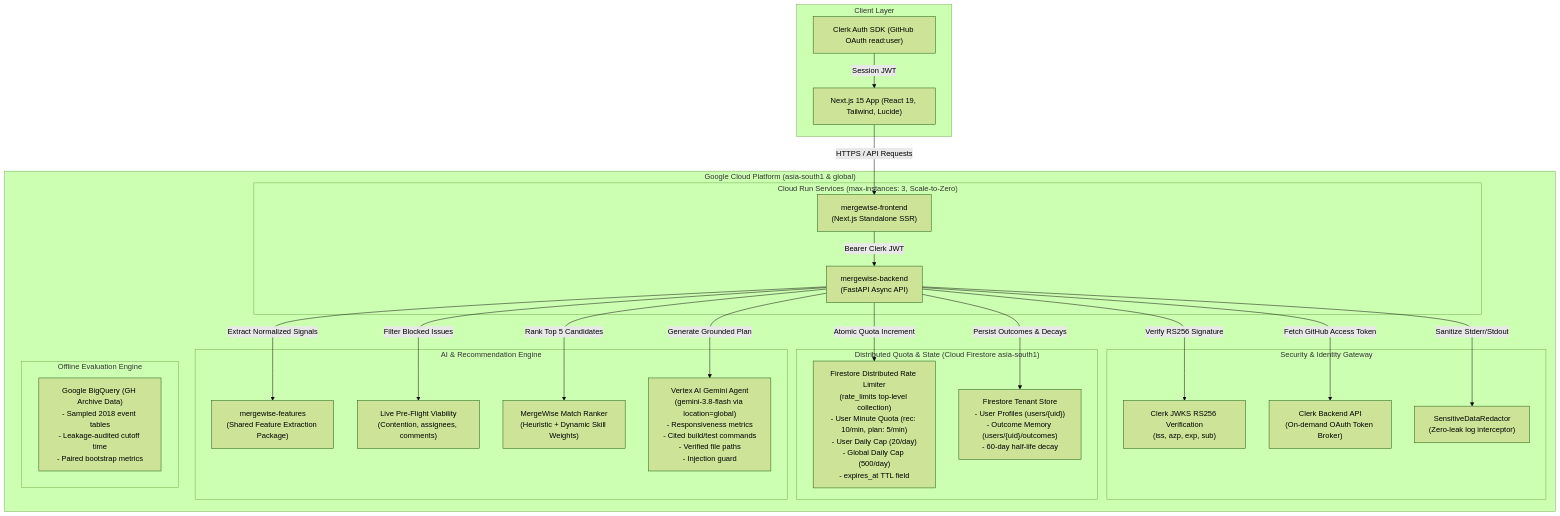
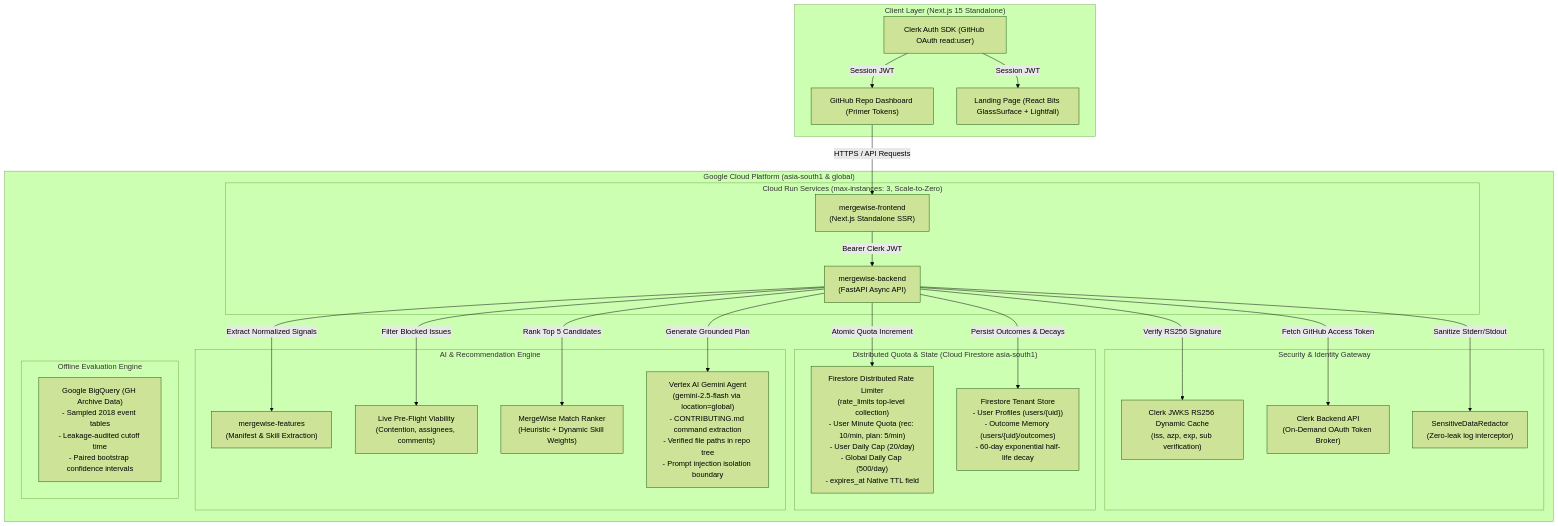
One commit to Neelanshdosi/MergeWise changed the diagram in README.md. Above: the diagram before and after it, drawn with Mermaid (forest theme). The commit also changed other lines of this file and 1 other file, not shown here.

Commit message:
docs(readme): upgrade GitHub page with custom logo, live Cloud Run links, dashboard redesign & contributions tracking

````diff
--- a/README.md
+++ b/README.md
@@ -9,49 +84,51 @@
 ```mermaid
 flowchart TD
-    subgraph Client ["Client Layer"]
-        UI["Next.js 15 App (React 19, Tailwind, Lucide)"]
+    subgraph Client ["Client Layer (Next.js 15 Standalone)"]
+        UI["GitHub Repo Dashboard (Primer Tokens)"]
+        Landing["Landing Page (React Bits GlassSurface + Lightfall)"]
         ClerkWeb["Clerk Auth SDK (GitHub OAuth read:user)"]
     end
 
     subgraph GCP ["Google Cloud Platform (asia-south1 & global)"]
         subgraph CloudRun ["Cloud Run Services (max-instances: 3, Scale-to-Zero)"]
             FrontendSvc["mergewise-frontend\n(Next.js Standalone SSR)"]
             BackendSvc["mergewise-backend\n(FastAPI Async API)"]
         end
 
         subgraph SecurityLayer ["Security & Identity Gateway"]
-            JWKS["Clerk JWKS RS256 Verification\n(iss, azp, exp, sub)"]
-            TokenBroker["Clerk Backend API\n(On-demand OAuth Token Broker)"]
+            JWKS["Clerk JWKS RS256 Dynamic Cache\n(iss, azp, exp, sub verification)"]
+            TokenBroker["Clerk Backend API\n(On-Demand OAuth Token Broker)"]
             Redactor["SensitiveDataRedactor\n(Zero-leak log interceptor)"]
         end
 
         subgraph DistributedQuota ["Distributed Quota & State (Cloud Firestore asia-south1)"]
-            FSRateLimit["Firestore Distributed Rate Limiter\n(rate_limits top-level collection)\n- User Minute Quota (rec: 10/min, plan: 5/min)\n- User Daily Cap (20/day)\n- Global Daily Cap (500/day)\n- expires_at TTL field"]
-            FSMemory["Firestore Tenant Store\n- User Profiles (users/{uid})\n- Outcome Memory (users/{uid}/outcomes)\n- 60-day half-life decay"]
+            FSRateLimit["Firestore Distributed Rate Limiter\n(rate_limits top-level collection)\n- User Minute Quota (rec: 10/min, plan: 5/min)\n- User Daily Cap (20/day)\n- Global Daily Cap (500/day)\n- expires_at Native TTL field"]
+            FSMemory["Firestore Tenant Store\n- User Profiles (users/{uid})\n- Outcome Memory (users/{uid}/outcomes)\n- 60-day exponential half-life decay"]
         end
 
         subgraph MatchingEngine ["AI & Recommendation Engine"]
-            SharedCore["mergewise-features\n(Shared Feature Extraction Package)"]
+            SharedCore["mergewise-features\n(Manifest & Skill Extraction)"]
             ViabilityChecker["Live Pre-Flight Viability\n(Contention, assignees, comments)"]
             HeuristicRanker["MergeWise Match Ranker\n(Heuristic + Dynamic Skill Weights)"]
-            GeminiAgent["Vertex AI Gemini Agent\n(gemini-3.8-flash via location=global)\n- Responsiveness metrics\n- Cited build/test commands\n- Verified file paths\n- Injection guard"]
+            GeminiAgent["Vertex AI Gemini Agent\n(gemini-2.5-flash via location=global)\n- CONTRIBUTING.md command extraction\n- Verified file paths in repo tree\n- Prompt injection isolation boundary"]
         end
 
         subgraph OfflineBenchmark ["Offline Evaluation Engine"]
-            BigQuery["Google BigQuery (GH Archive Data)\n- Sampled 2018 event tables\n- Leakage-audited cutoff time\n- Paired bootstrap metrics"]
+            BigQuery["Google BigQuery (GH Archive Data)\n- Sampled 2018 event tables\n- Leakage-audited cutoff time\n- Paired bootstrap confidence intervals"]
         end
     end
 
     ClerkWeb -->|Session JWT| UI
+    ClerkWeb -->|Session JWT| Landing
     UI -->|HTTPS / API Requests| FrontendSvc
     FrontendSvc -->|Bearer Clerk JWT| BackendSvc
     BackendSvc -->|Verify RS256 Signature| JWKS
     BackendSvc -->|Fetch GitHub Access Token| TokenBroker
     BackendSvc -->|Sanitize Stderr/Stdout| Redactor
     BackendSvc -->|Atomic Quota Increment| FSRateLimit
     BackendSvc -->|Persist Outcomes & Decays| FSMemory
     BackendSvc -->|Extract Normalized Signals| SharedCore
     BackendSvc -->|Filter Blocked Issues| ViabilityChecker
     BackendSvc -->|Rank Top 5 Candidates| HeuristicRanker
     BackendSvc -->|Generate Grounded Plan| GeminiAgent
 ```
````
